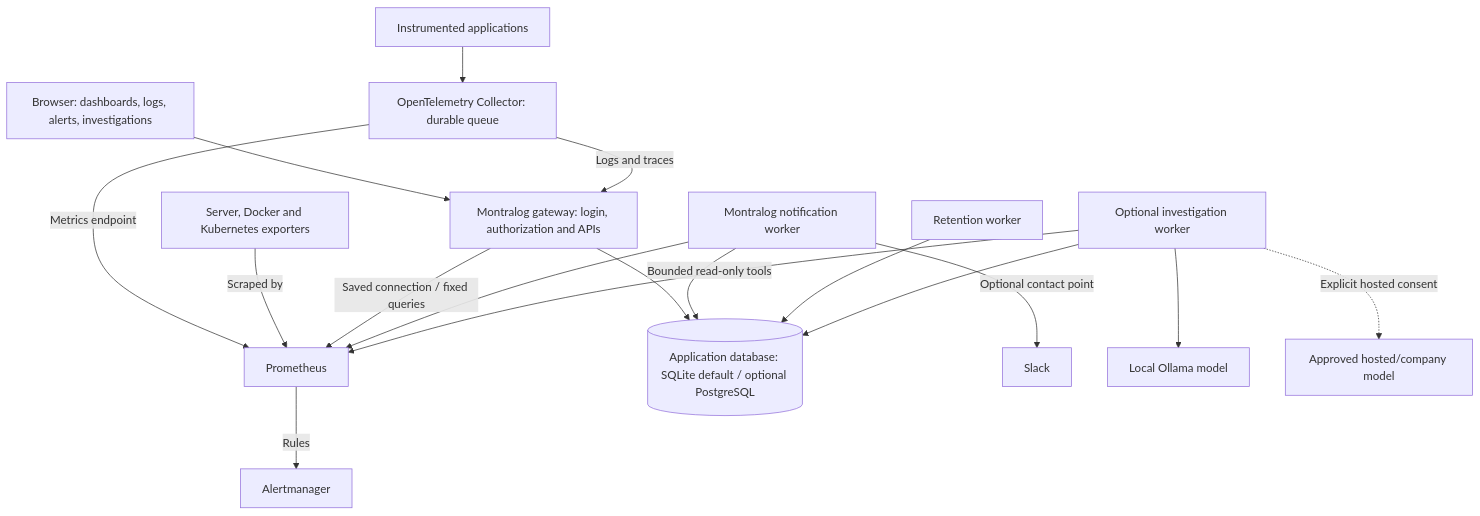
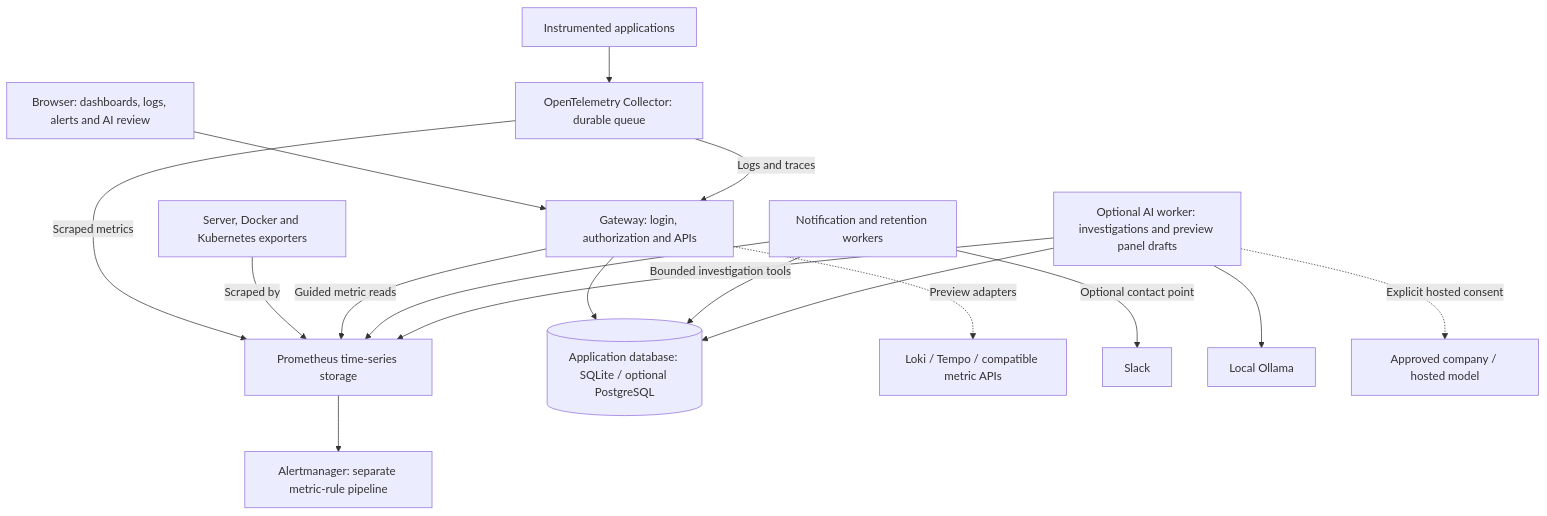
The diagram in README.md (montralog/montralog), drawn with Mermaid before and after one commit. The commit also changed other lines of this file and 6 other files, not shown here.

````diff
--- a/README.md
+++ b/README.md
@@ -101,19 +106,19 @@
 ```mermaid
 flowchart TB
-  Browser["Browser: dashboards, logs, alerts, investigations"] --> Gateway["Montralog gateway: login, authorization and APIs"]
+  UI["Browser: dashboards, logs, alerts and AI review"] --> Gateway["Gateway: login, authorization and APIs"]
   Apps["Instrumented applications"] --> Collector["OpenTelemetry Collector: durable queue"]
   Collector -->|Logs and traces| Gateway
-  Collector -->|Metrics endpoint| Prometheus["Prometheus"]
+  Collector -->|Scraped metrics| Prometheus["Prometheus time-series storage"]
   Exporters["Server, Docker and Kubernetes exporters"] -->|Scraped by| Prometheus
-  Gateway --> DB[("Application database: SQLite default / optional PostgreSQL")]
-  Gateway -->|Saved connection / fixed queries| Prometheus
-  Prometheus -->|Rules| Alertmanager["Alertmanager"]
-  Alerts["Montralog notification worker"] --> DB
-  Alerts --> Prometheus
-  Alerts -->|Optional contact point| Slack["Slack"]
-  Retention["Retention worker"] --> DB
-  Agent["Optional investigation worker"] --> DB
-  Agent -->|Bounded read-only tools| Prometheus
-  Agent --> Local["Local Ollama model"]
-  Agent -. Explicit hosted consent .-> Hosted["Approved hosted/company model"]
+  Gateway --> DB[("Application database: SQLite / optional PostgreSQL")]
+  Gateway -->|Guided metric reads| Prometheus
+  Gateway -. Preview adapters .-> Backends["Loki / Tempo / compatible metric APIs"]
+  Worker["Notification and retention workers"] --> DB
+  Worker --> Prometheus
+  Worker -->|Optional contact point| Slack["Slack"]
+  Prometheus --> Alertmanager["Alertmanager: separate metric-rule pipeline"]
+  AI["Optional AI worker: investigations and preview panel drafts"] --> DB
+  AI -->|Bounded investigation tools| Prometheus
+  AI --> Local["Local Ollama"]
+  AI -. Explicit hosted consent .-> Hosted["Approved company / hosted model"]
 ```
````
